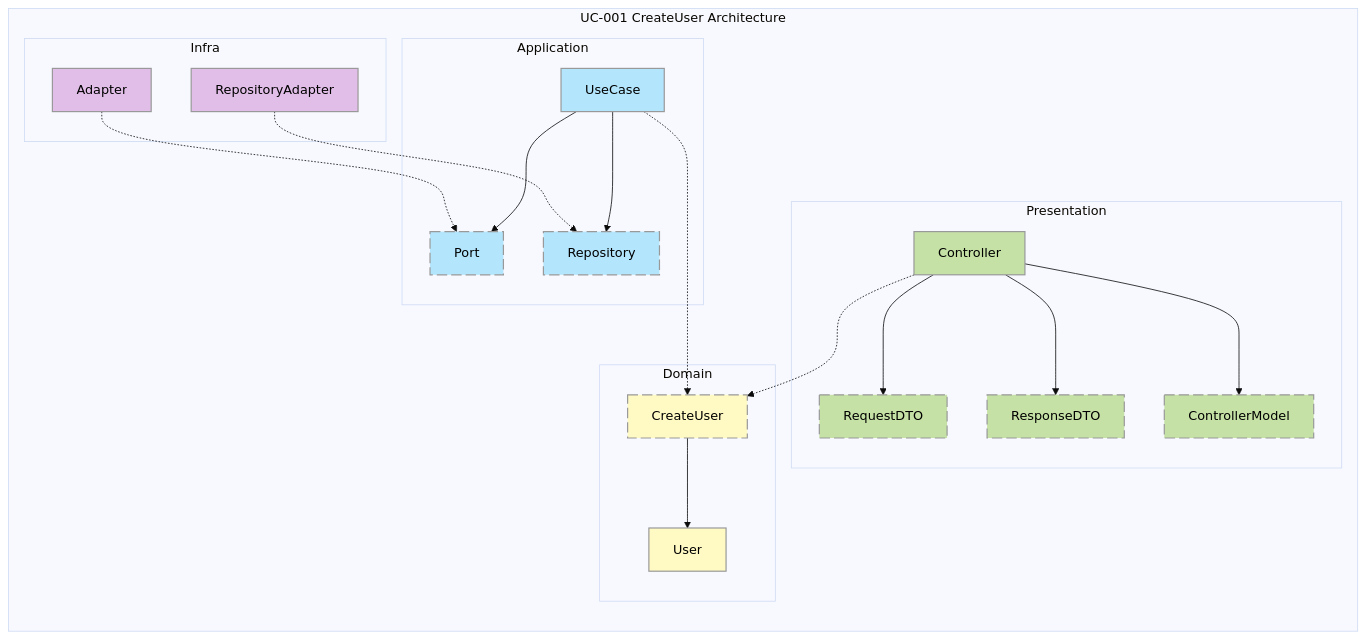
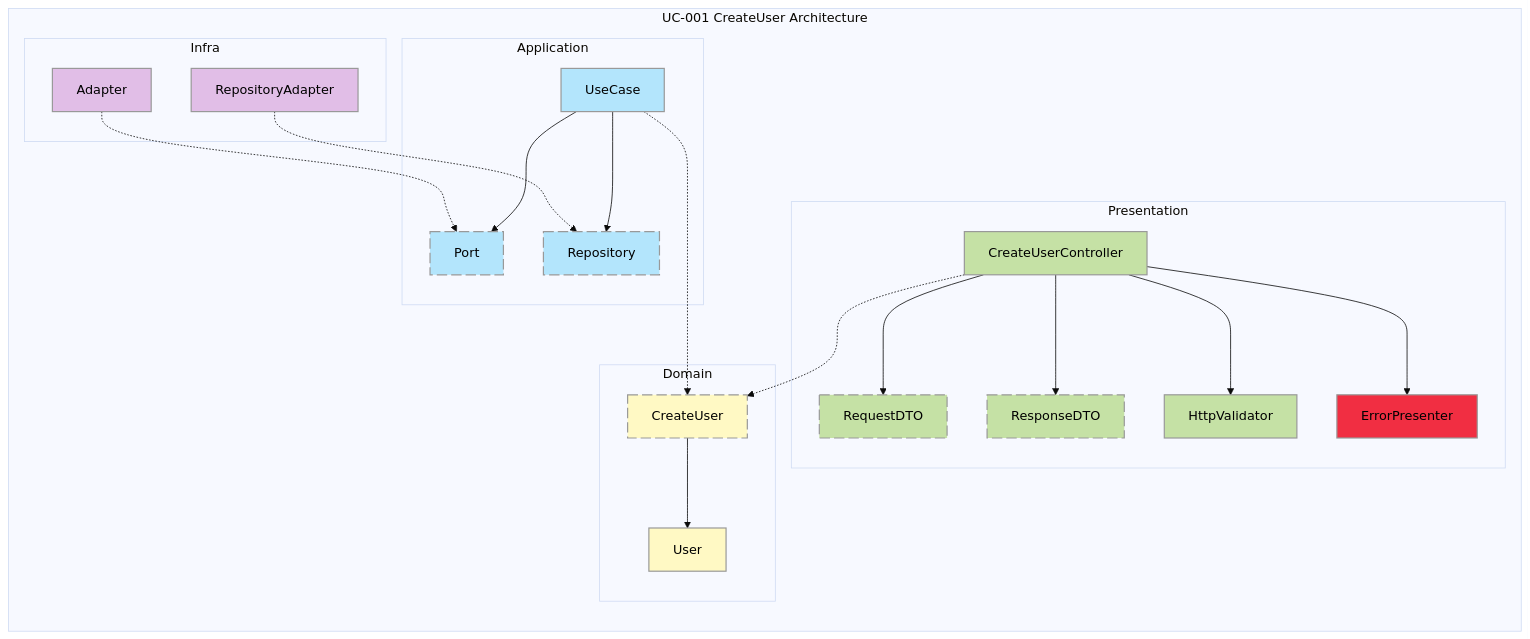
Before and after one commit to maurolps/ratemypet: the diagram in docs/diagrams/backend/UC-001-create-user-architecture.md, drawn with Mermaid (base theme).

Commit message:
docs(users): update CreateUser architecture diagram

````diff
--- a/docs/diagrams/backend/UC-001-create-user-architecture.md
+++ b/docs/diagrams/backend/UC-001-create-user-architecture.md
@@ -4,42 +4,45 @@
 ```mermaid
 flowchart RL
    
 classDef main fill:#F8BBD0, color:#000000, stroke:#999999, stroke-width:1.5px;
 classDef presentation fill:#C5E1A5, color:#000000, stroke:#999999, stroke-width:1.5px;
 classDef application fill:#B3E5FC, color:#000000, stroke:#999999, stroke-width:1.5px;
 classDef domain fill:#FFF9C4, color:#000000, stroke:#999999, stroke-width:1.5px;
 classDef infra fill:#E1BEE7, color:#000000, stroke:#999999, stroke-width:1.5px;
+classDef error fill:#F12E42, color:#000000, stroke:#999999, stroke-width:1.5px;
 classDef interface color:#000000, stroke:#fff, stroke-dasharray: 13 5, stroke-width:2px;
 
   subgraph UC-001 CreateUser Architecture
   
     subgraph Presentation
-      Controller-->RequestDTO:::interface
-      Controller-->ResponseDTO:::interface
-      Controller-->ControllerModel:::interface
+      CreateUserController-->RequestDTO:::interface
+      CreateUserController-->ResponseDTO:::interface
+      CreateUserController-->HttpValidator
+      CreateUserController-->ErrorPresenter
     end
     subgraph Infra
       Adapter
       RepositoryAdapter
     end
     subgraph Application
       UseCase-->Port:::interface 
       UseCase-->Repository:::interface
             Adapter-.->Port
       RepositoryAdapter-.->Repository
     end
 
     subgraph Domain
-      Controller-.->CreateUser
+      CreateUserController-.->CreateUser
       UseCase-..->CreateUser
       CreateUser:::interface --> User
     end
 
     class App,SignUpRouter,ExpressRouteAdapter,CompositionRoot main;
-    class Controller,RequestDTO,ResponseDTO,ControllerModel presentation;
+    class CreateUserController,RequestDTO,ResponseDTO,HttpValidator presentation;
     class UseCase,Repository,Port application;
     class CreateUser,User domain;
     class Adapter,RepositoryAdapter,JwtAdapter infra;
+    class ErrorPresenter error;
    
 end
 ```
````
